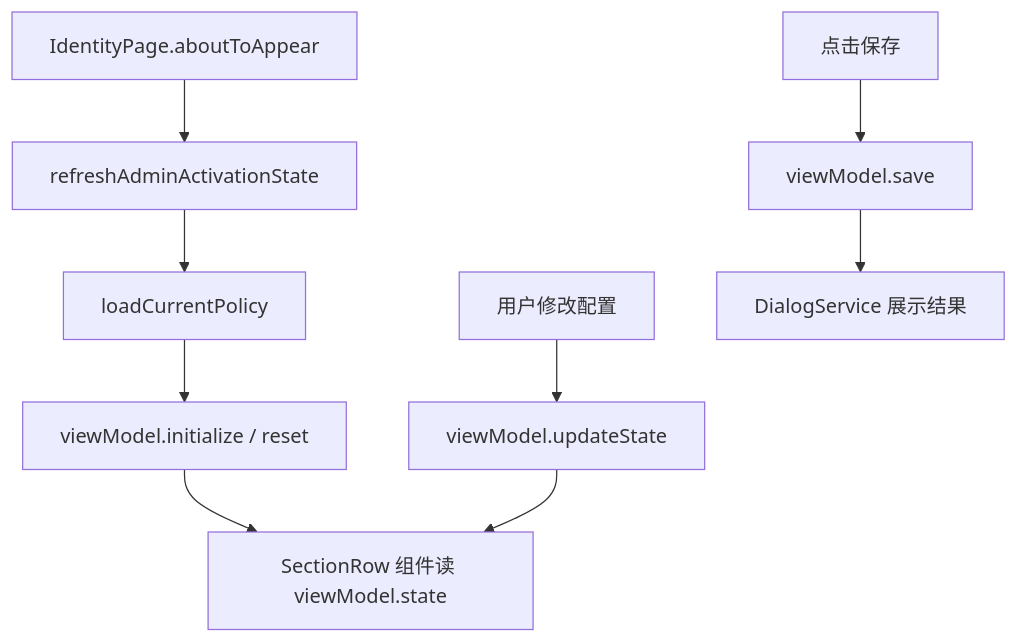
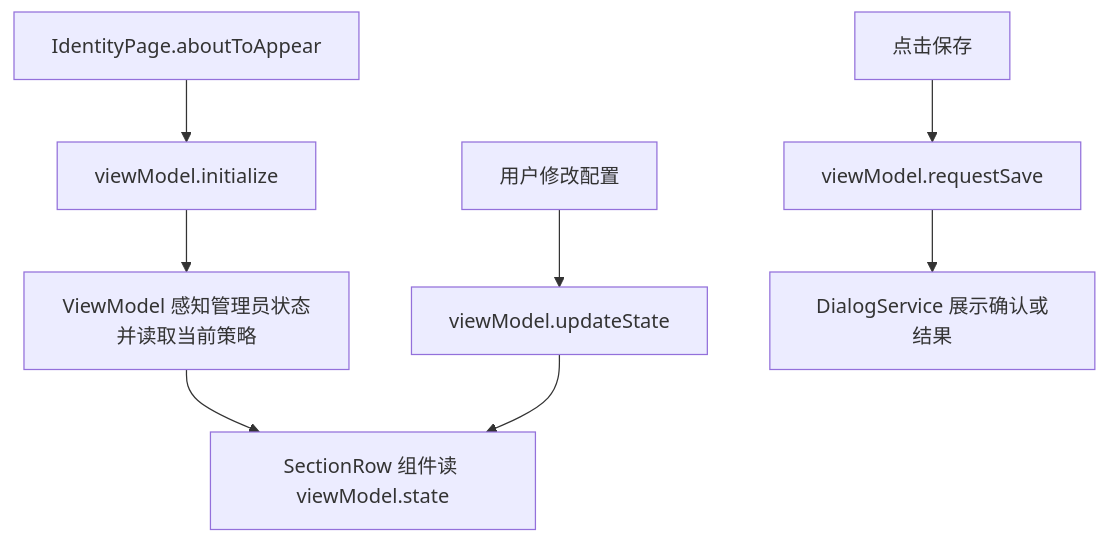
Before and after one commit to Deslord319/security_tool: the seventh of 7 diagrams in docs/03-模块设计/身份鉴别组件设计说明.md, drawn with Mermaid. The commit also changed other lines of this file and 43 other files, not shown here.

````diff
--- a/docs/03-模块设计/身份鉴别组件设计说明.md
+++ b/docs/03-模块设计/身份鉴别组件设计说明.md
@@ -360,11 +377,10 @@
 ```mermaid
 flowchart TD
-  A["IdentityPage.aboutToAppear"] --> B["refreshAdminActivationState"]
-  B --> C["loadCurrentPolicy"]
-  C --> D["viewModel.initialize / reset"]
-  D --> E["SectionRow 组件读 viewModel.state"]
-  F["用户修改配置"] --> G["viewModel.updateState"]
-  G --> E
-  H["点击保存"] --> I["viewModel.save"]
-  I --> J["DialogService 展示结果"]
+  A["IdentityPage.aboutToAppear"] --> B["viewModel.initialize"]
+  B --> C["ViewModel 感知管理员状态并读取当前策略"]
+  C --> D["SectionRow 组件读 viewModel.state"]
+  E["用户修改配置"] --> F["viewModel.updateState"]
+  F --> D
+  G["点击保存"] --> H["viewModel.requestSave"]
+  H --> I["DialogService 展示确认或结果"]
 ```
````
